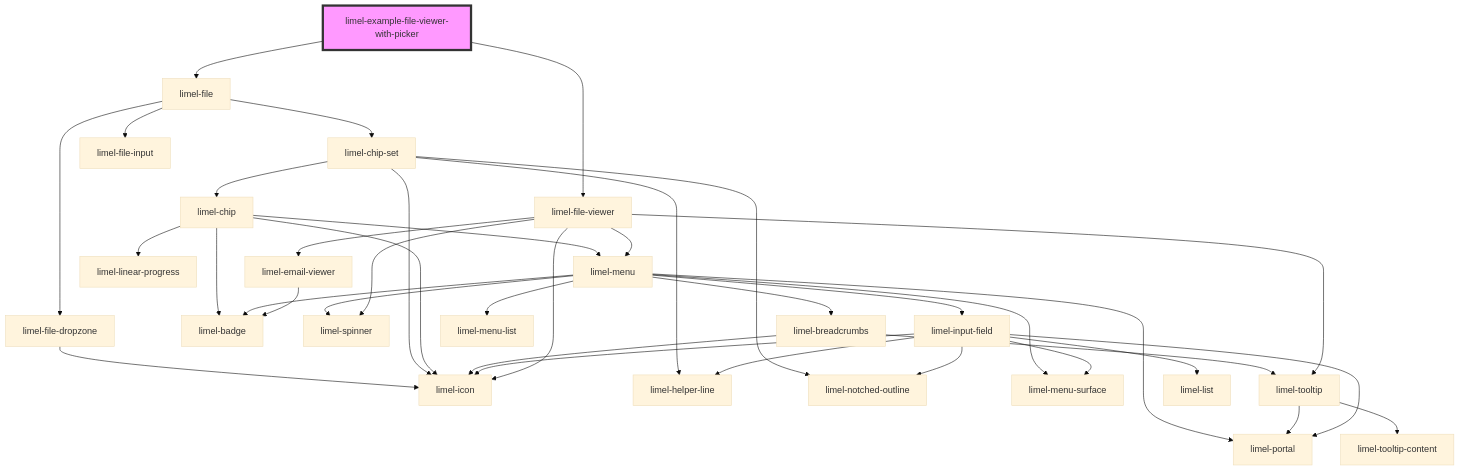
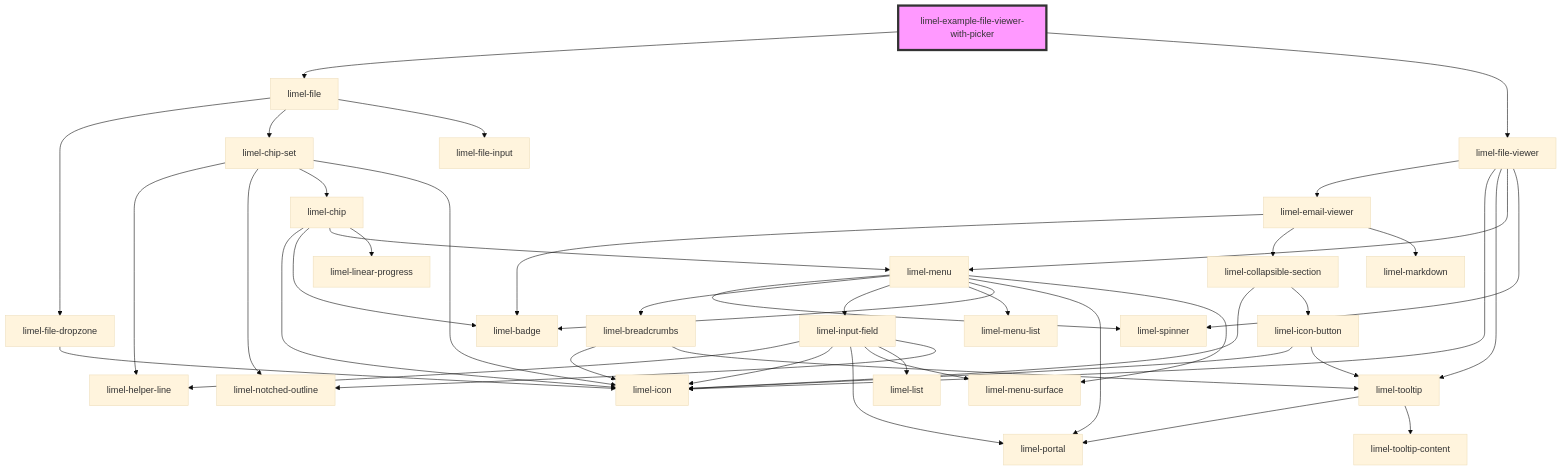
Before and after one commit to Lundalogik/lime-elements: the diagram in versions/PR-3783/markdown-docs/components/file-viewer/examples/readme.md, drawn with Mermaid (base theme). The commit also changed 62 other files, not shown here.

````diff
--- a/versions/PR-3783/markdown-docs/components/file-viewer/examples/readme.md
+++ b/versions/PR-3783/markdown-docs/components/file-viewer/examples/readme.md
@@ -23,41 +23,47 @@
 ```mermaid
 graph TD;
   limel-example-file-viewer-with-picker --> limel-file
   limel-example-file-viewer-with-picker --> limel-file-viewer
   limel-file --> limel-file-dropzone
   limel-file --> limel-chip-set
   limel-file --> limel-file-input
   limel-file-dropzone --> limel-icon
   limel-chip-set --> limel-helper-line
   limel-chip-set --> limel-notched-outline
   limel-chip-set --> limel-chip
   limel-chip-set --> limel-icon
   limel-chip --> limel-icon
   limel-chip --> limel-badge
   limel-chip --> limel-menu
   limel-chip --> limel-linear-progress
   limel-menu --> limel-spinner
   limel-menu --> limel-breadcrumbs
   limel-menu --> limel-input-field
   limel-menu --> limel-menu-list
   limel-menu --> limel-badge
   limel-menu --> limel-portal
   limel-menu --> limel-menu-surface
   limel-breadcrumbs --> limel-icon
   limel-breadcrumbs --> limel-tooltip
   limel-tooltip --> limel-portal
   limel-tooltip --> limel-tooltip-content
   limel-input-field --> limel-helper-line
   limel-input-field --> limel-icon
   limel-input-field --> limel-portal
   limel-input-field --> limel-menu-surface
   limel-input-field --> limel-list
   limel-input-field --> limel-notched-outline
   limel-file-viewer --> limel-email-viewer
   limel-file-viewer --> limel-icon
   limel-file-viewer --> limel-tooltip
   limel-file-viewer --> limel-menu
   limel-file-viewer --> limel-spinner
   limel-email-viewer --> limel-badge
+  limel-email-viewer --> limel-collapsible-section
+  limel-email-viewer --> limel-markdown
+  limel-collapsible-section --> limel-icon
+  limel-collapsible-section --> limel-icon-button
+  limel-icon-button --> limel-icon
+  limel-icon-button --> limel-tooltip
   style limel-example-file-viewer-with-picker fill:#f9f,stroke:#333,stroke-width:4px
 ```
````
